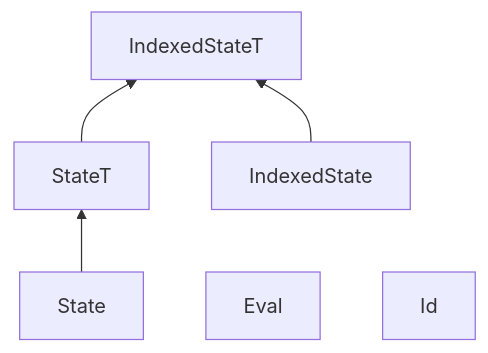
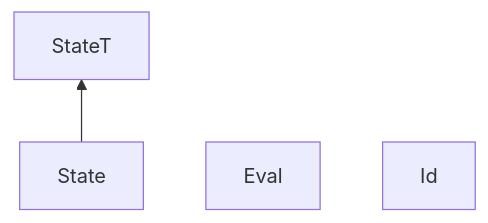
Before and after one commit to lamdalib/kuram: the second of 2 diagrams in README.md, drawn with Mermaid. The commit also changed other lines of this file and 40 other files, not shown here.

````diff
--- a/README.md
+++ b/README.md
@@ -164,7 +170,6 @@
 ```mermaid
 flowchart BT
-    State --> StateT --> IndexedStateT
-    IndexedState --> IndexedStateT
+    State --> StateT
     Eval
     Id
 ```
````
